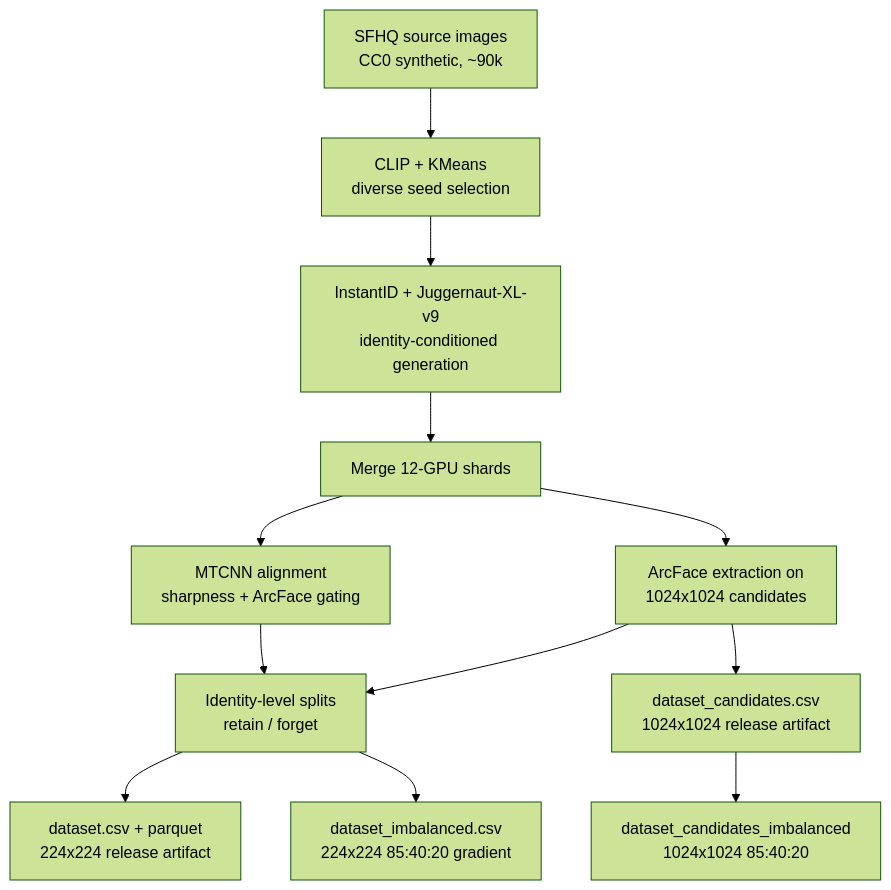
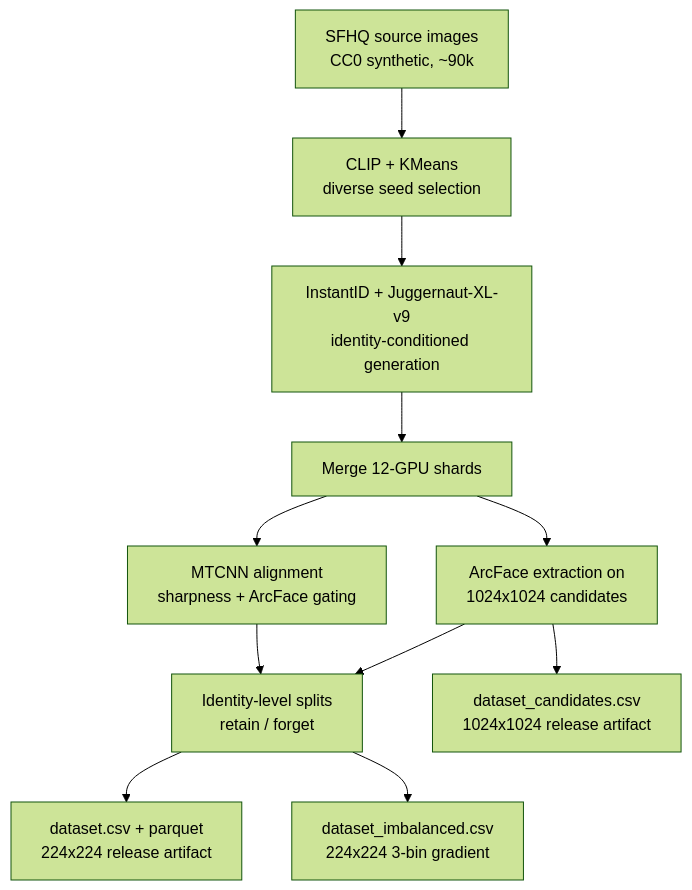
One commit to FaizPalwala/virtual-id-gen changed the diagram in README.md. Above: the diagram before and after it, drawn with Mermaid (forest theme). The commit also changed other lines of this file, not shown here.

First line of the commit message:
docs: imbalanced evaluation table, fix stale references, Full max-size

````diff
--- a/README.md
+++ b/README.md
@@ -69,14 +70,13 @@
 ```mermaid
 flowchart TD
     A[SFHQ source images<br/>CC0 synthetic, ~90k] --> B[CLIP + KMeans<br/>diverse seed selection]
     B --> C[InstantID + Juggernaut-XL-v9<br/>identity-conditioned generation]
     C --> D[Merge 12-GPU shards]
     D --> E[ArcFace extraction on<br/>1024x1024 candidates]
     D --> F[MTCNN alignment<br/>sharpness + ArcFace gating]
     E --> G[Identity-level splits<br/>retain / forget]
     F --> G
     E --> J[dataset_candidates.csv<br/>1024x1024 release artifact]
-    J --> K[dataset_candidates_imbalanced<br/>1024x1024 85:40:20]
     G --> H[dataset.csv + parquet<br/>224x224 release artifact]
-    G --> I[dataset_imbalanced.csv<br/>224x224 85:40:20 gradient]
+    G --> I[dataset_imbalanced.csv<br/>224x224 3-bin gradient]
 ```
````
